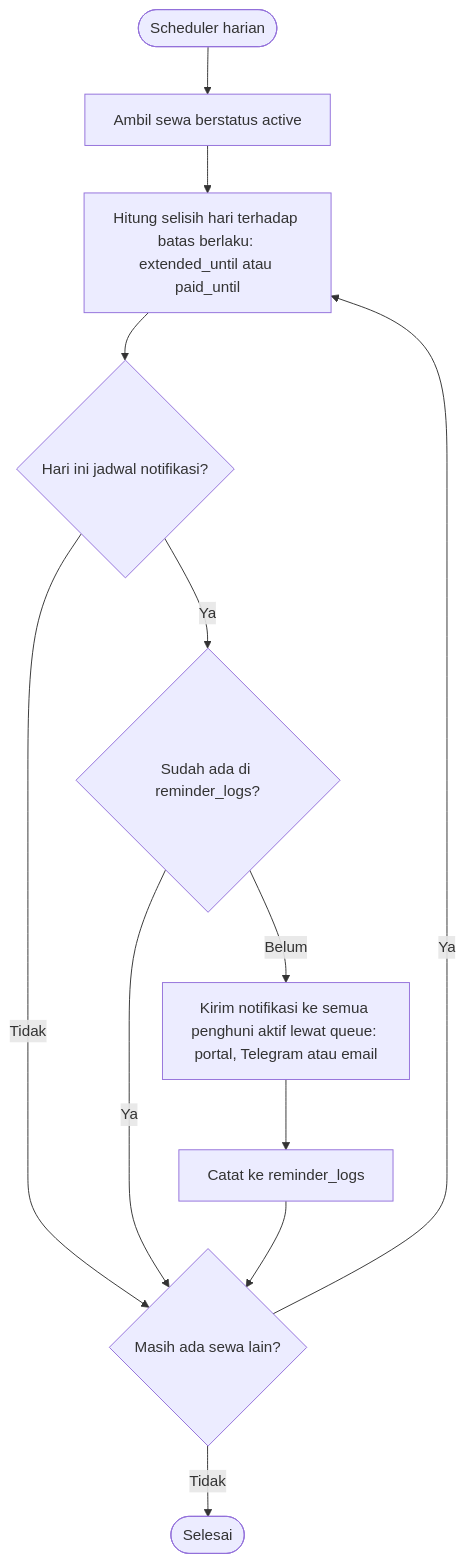
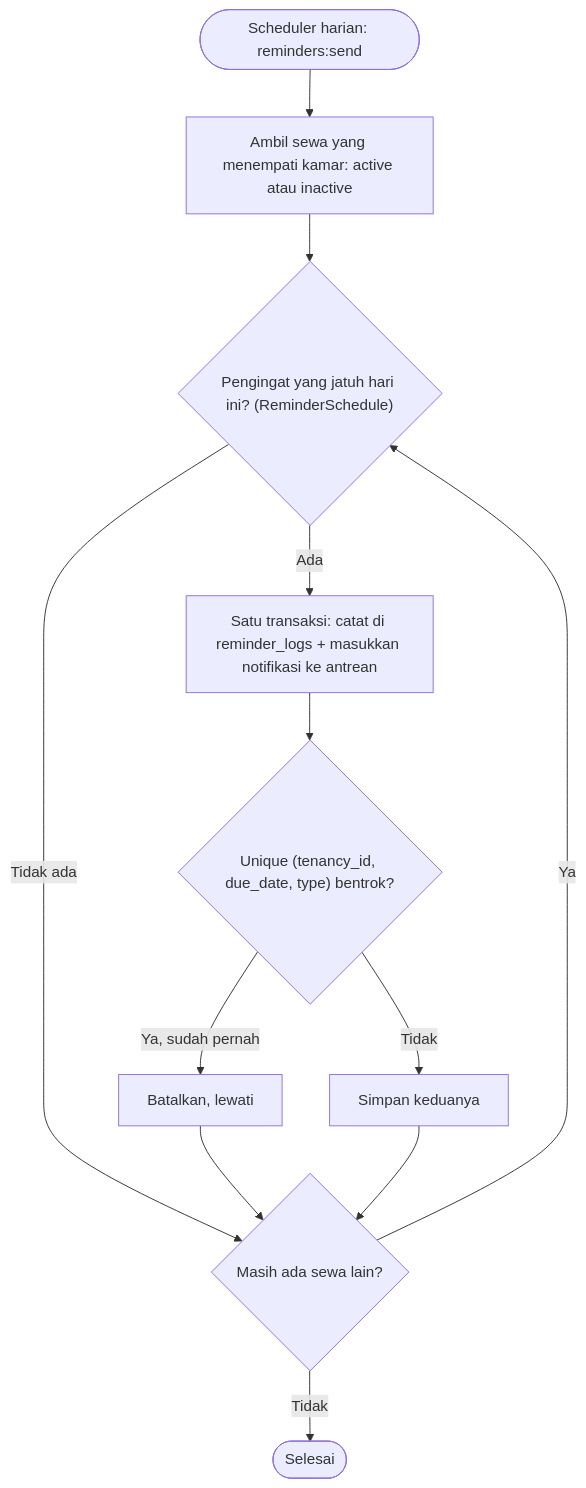
Before and after one commit to ANugroho186/kost36-app: the second of 5 diagrams in docs/alur-bisnis.md, drawn with Mermaid. The commit also changed other lines of this file and 12 other files, not shown here.

Commit message:
feat: pengingat jatuh tempo harian lewat scheduler

````diff
--- a/docs/alur-bisnis.md
+++ b/docs/alur-bisnis.md
@@ -144,14 +145,14 @@
 ```mermaid
 flowchart TD
-    A([Scheduler harian]) --> B[Ambil sewa berstatus active]
-    B --> C["Hitung selisih hari terhadap batas berlaku: extended_until atau paid_until"]
-    C --> D{"Hari ini jadwal notifikasi?"}
-    D -- Tidak --> H
-    D -- Ya --> E{"Sudah ada di reminder_logs?"}
-    E -- Ya --> H
-    E -- Belum --> F["Kirim notifikasi ke semua penghuni aktif lewat queue: portal, Telegram atau email"]
-    F --> G[Catat ke reminder_logs]
-    G --> H{"Masih ada sewa lain?"}
+    A(["Scheduler harian: reminders:send"]) --> B["Ambil sewa yang menempati kamar: active atau inactive"]
+    B --> C{"Pengingat yang jatuh hari ini? (ReminderSchedule)"}
+    C -- Tidak ada --> H
+    C -- Ada --> D["Satu transaksi: catat di reminder_logs + masukkan notifikasi ke antrean"]
+    D --> E{"Unique (tenancy_id, due_date, type) bentrok?"}
+    E -- Ya, sudah pernah --> F[Batalkan, lewati]
+    E -- Tidak --> G[Simpan keduanya]
+    F --> H{"Masih ada sewa lain?"}
+    G --> H
     H -- Ya --> C
     H -- Tidak --> I([Selesai])
 ```
````
